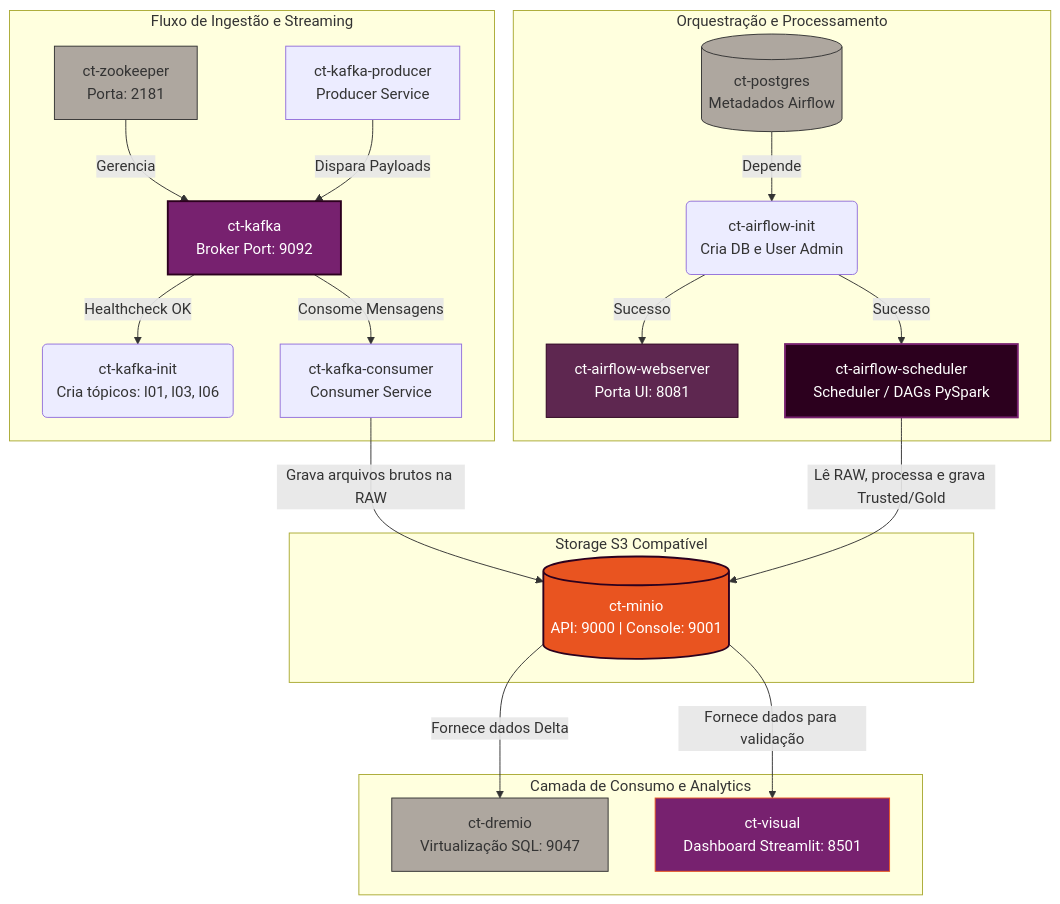
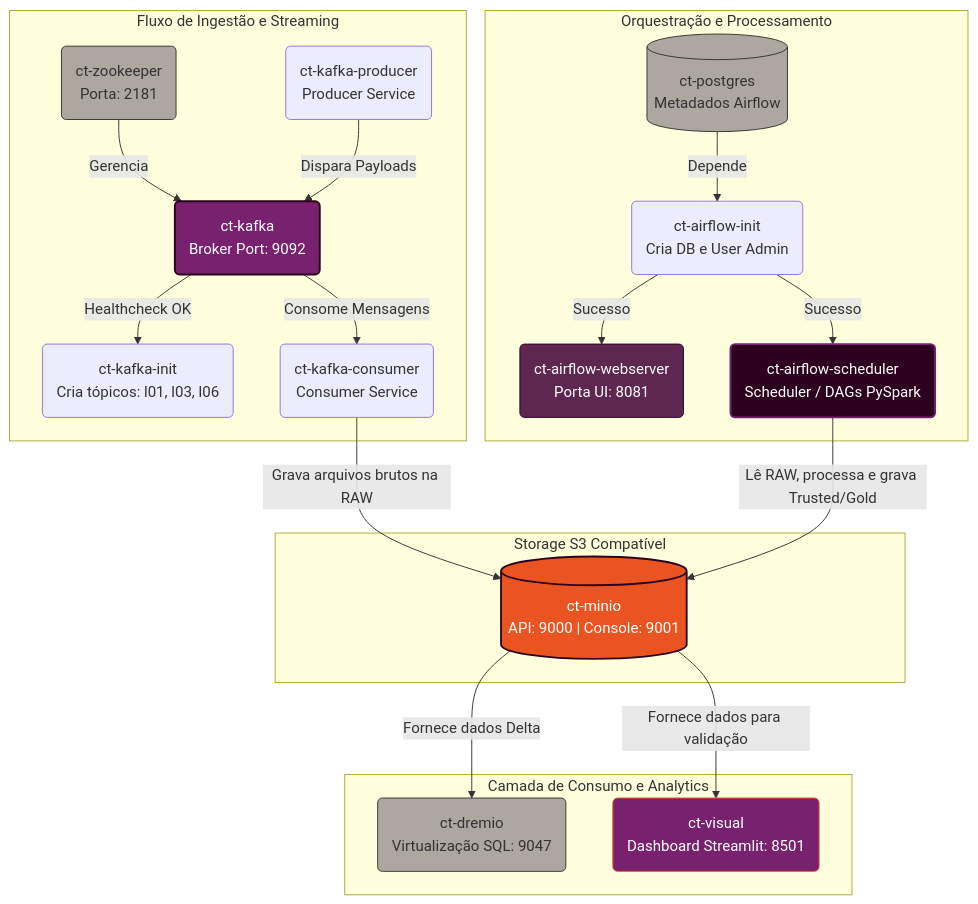
Before and after one commit to ednilsonlomazi/data-pipeline-kafka-airflow-deltalake-docker-tcc: the diagram in README.md, drawn with Mermaid.

Commit message:
README.md

````diff
--- a/README.md
+++ b/README.md
@@ -30,51 +30,51 @@
 ```mermaid
 graph TD
     %% Subgraph da Infraestrutura de Mensageria (Kafka)
     subgraph Ingestao_Streaming ["Fluxo de Ingestão e Streaming"]
-        ct-zookeeper["ct-zookeeper<br/>Porta: 2181"] -->|Gerencia| ct-kafka["ct-kafka<br/>Broker Port: 9092"]
+        ct-zookeeper("ct-zookeeper<br/>Porta: 2181") -->|Gerencia| ct-kafka("ct-kafka<br/>Broker Port: 9092")
         ct-kafka -->|Healthcheck OK| ct-kafka-init("ct-kafka-init<br/>Cria tópicos: l01, l03, l06")
         
-        ct-kafka-producer["ct-kafka-producer<br/>Producer Service"] -->|Dispara Payloads| ct-kafka
-        ct-kafka -->|Consome Mensagens| ct-kafka-consumer["ct-kafka-consumer<br/>Consumer Service"]
+        ct-kafka-producer("ct-kafka-producer<br/>Producer Service") -->|Dispara Payloads| ct-kafka
+        ct-kafka -->|Consome Mensagens| ct-kafka-consumer("ct-kafka-consumer<br/>Consumer Service")
     end
 
     %% Subgraph da Camada de Armazenamento (MinIO)
     subgraph Storage_Layer ["Storage S3 Compatível"]
         ct-minio[("ct-minio<br/>API: 9000 | Console: 9001")]
     end
 
     %% Conexão do fluxo de entrada com o Storage
     ct-kafka-consumer -->|Grava arquivos brutos na RAW| ct-minio
 
     %% Subgraph de Orquestração (Airflow)
     subgraph Orchestration_Orque ["Orquestração e Processamento"]
         ct-postgres[("ct-postgres<br/>Metadados Airflow")] -->|Depende| ct-airflow-init("ct-airflow-init<br/>Cria DB e User Admin")
         
-        ct-airflow-init -->|Sucesso| ct-airflow-webserver["ct-airflow-webserver<br/>Porta UI: 8081"]
-        ct-airflow-init -->|Sucesso| ct-airflow-scheduler["ct-airflow-scheduler<br/>Scheduler / DAGs PySpark"]
+        ct-airflow-init -->|Sucesso| ct-airflow-webserver("ct-airflow-webserver<br/>Porta UI: 8081")
+        ct-airflow-init -->|Sucesso| ct-airflow-scheduler("ct-airflow-scheduler<br/>Scheduler / DAGs PySpark")
     end
 
     %% Relação do Airflow/Spark com as Camadas do Lakehouse
     ct-airflow-scheduler -->|Lê RAW, processa e grava Trusted/Gold| ct-minio
 
     %% Subgraph de Consumo (Analytics / Serving)
     subgraph Analytics_Serving ["Camada de Consumo e Analytics"]
-        ct-dremio["ct-dremio<br/>Virtualização SQL: 9047"]
-        ct-visual["ct-visual<br/>Dashboard Streamlit: 8501"]
+        ct-dremio("ct-dremio<br/>Virtualização SQL: 9047")
+        ct-visual("ct-visual<br/>Dashboard Streamlit: 8501")
     end
 
     %% Conexões de consumo de dados
     ct-minio -->|Fornece dados Delta| ct-dremio
     ct-minio -->|Fornece dados para validação| ct-visual
 
     %% Estilização baseada na Identidade Visual do Ubuntu
     style ct-minio fill:#E95420,stroke:#2C001E,stroke-width:2px,color:#fff
     style ct-kafka fill:#77216F,stroke:#2C001E,stroke-width:2px,color:#fff
     style ct-airflow-scheduler fill:#2C001E,stroke:#77216F,stroke-width:2px,color:#fff
     style ct-airflow-webserver fill:#5E2750,stroke:#2C001E,stroke-width:1px,color:#fff
     style ct-dremio fill:#AEA79F,stroke:#333333,stroke-width:1px,color:#333
     style ct-visual fill:#77216F,stroke:#E95420,stroke-width:1px,color:#fff
     style ct-postgres fill:#AEA79F,stroke:#333333,stroke-width:1px,color:#333
     style ct-zookeeper fill:#AEA79F,stroke:#333333,stroke-width:1px,color:#333
 
 ```
````
